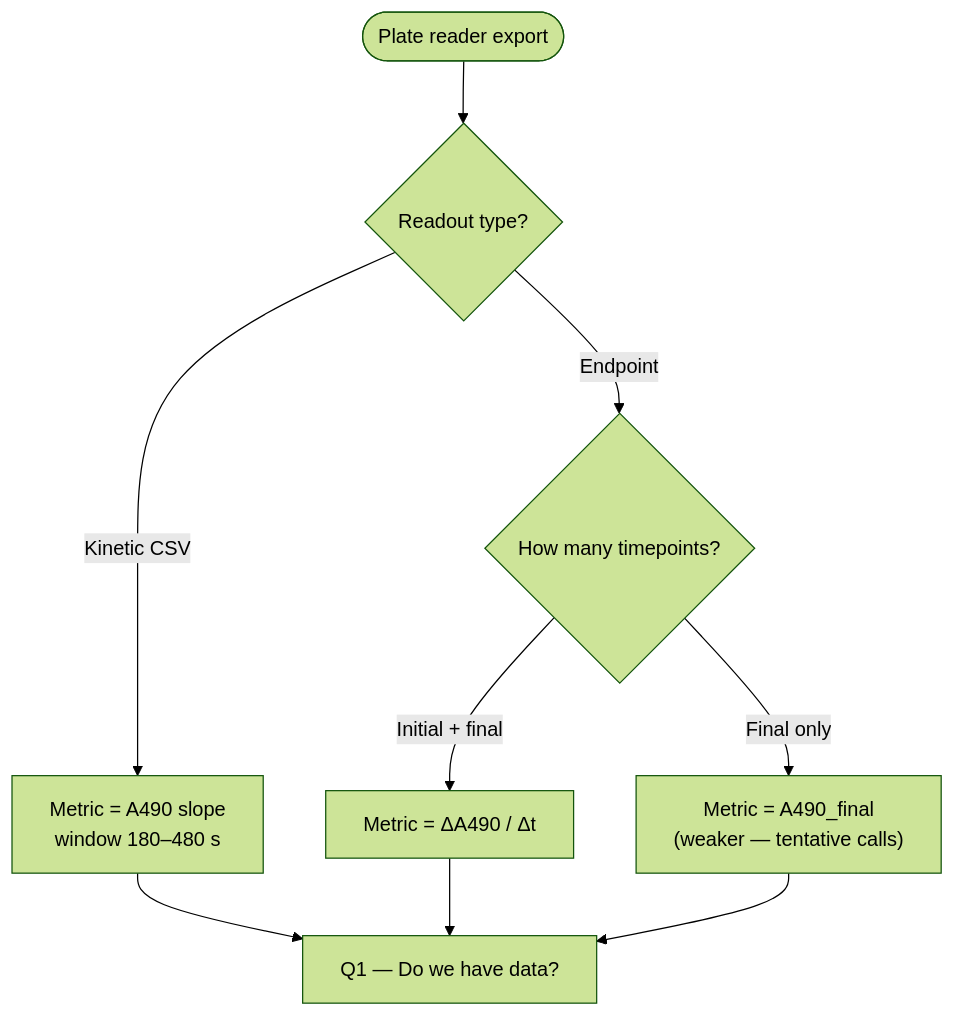
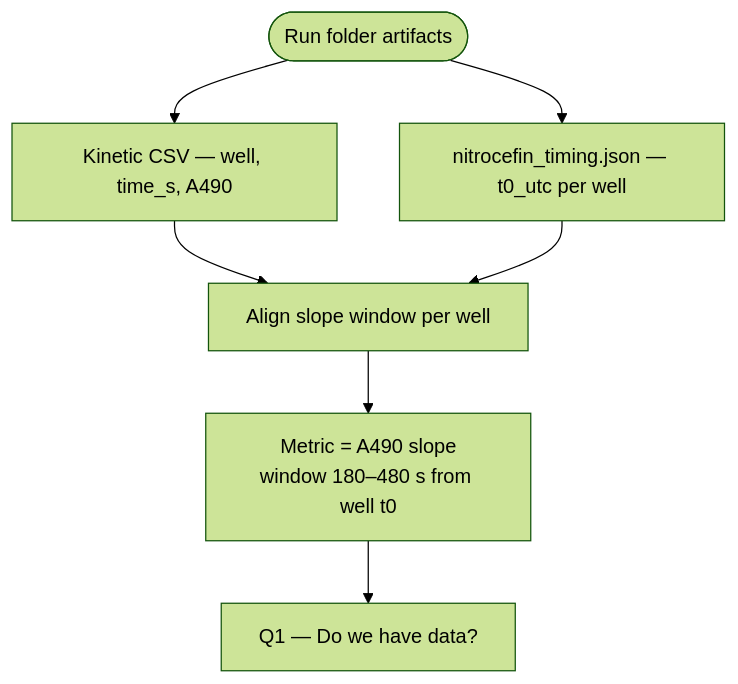
Before and after one commit to pvjthomas/beta-loop: the second of 7 diagrams in pvjthomas/runs/2/v5/run2_decision_tree.md, drawn with Mermaid (forest theme). The commit also changed other lines of this file and 41 other files, not shown here.

First line of the commit message:
Add median kinetics scoring, run-log timing analysis, and Team 3 plate reader parse.

````diff
--- a/pvjthomas/runs/2/v5/run2_decision_tree.md
+++ b/pvjthomas/runs/2/v5/run2_decision_tree.md
@@ -157,11 +183,9 @@
 ```mermaid
 flowchart TD
-    START([Plate reader export]) --> TYPE{Readout type?}
-    TYPE -->|Kinetic CSV| KIN["Metric = A490 slope<br/>window 180–480 s"]
-    TYPE -->|Endpoint| EP{How many timepoints?}
-    EP -->|Initial + final| EP2["Metric = ΔA490 / Δt"]
-    EP -->|Final only| EP1["Metric = A490_final<br/>(weaker — tentative calls)"]
-    KIN --> Q1["Q1 — Do we have data?"]
-    EP2 --> Q1
-    EP1 --> Q1
+    START([Run folder artifacts]) --> CSV[Kinetic CSV — well, time_s, A490]
+    START --> TIMING[nitrocefin_timing.json — t0_utc per well]
+    CSV --> ALIGN[Align slope window per well]
+    TIMING --> ALIGN
+    ALIGN --> METRIC["Metric = A490 slope<br/>window 180–480 s from well t0"]
+    METRIC --> Q1["Q1 — Do we have data?"]
 ```
````
